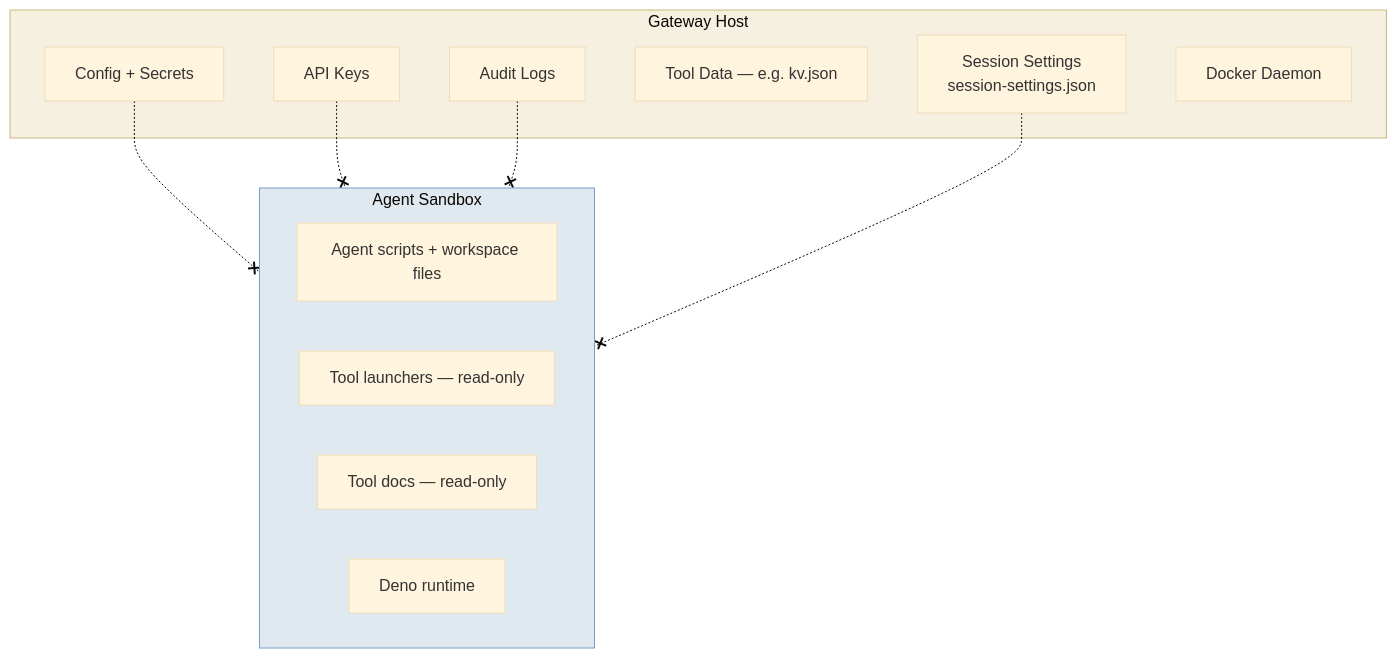
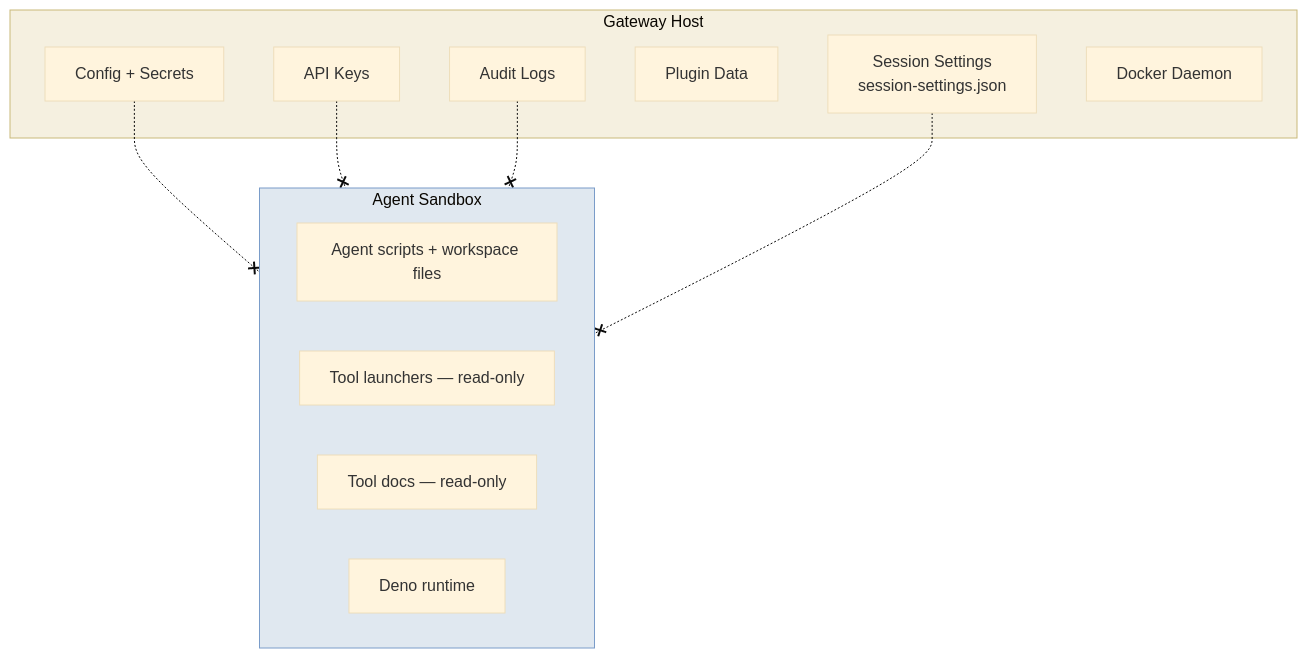
Before and after one commit to matthias-hausberger/beige: the fourth of 7 diagrams in docs/gateway/system-overview.mdx, drawn with Mermaid (base theme). The commit also changed other lines of this file and 26 other files, not shown here.

````diff
--- a/docs/gateway/system-overview.mdx
+++ b/docs/gateway/system-overview.mdx
@@ -129,26 +129,26 @@
 ```mermaid
 graph TB
     subgraph Host["Gateway Host"]
         CONF[Config + Secrets]
         LOGS[Audit Logs]
         KEYS[API Keys]
-        KV_DATA[Tool Data — e.g. kv.json]
+        PD[Plugin Data]
         SESSION_SETTINGS[Session Settings<br/>session-settings.json]
         DOCKER[Docker Daemon]
     end
 
     subgraph Sandbox["Agent Sandbox"]
         CODE[Agent scripts + workspace files]
         TOOLS[Tool launchers — read-only]
         DOCS[Tool docs — read-only]
         DENO[Deno runtime]
     end
 
     CONF -.-x Sandbox
     KEYS -.-x Sandbox
     LOGS -.-x Sandbox
     SESSION_SETTINGS -.-x Sandbox
 
     style Host fill:#f5f0e0,stroke:#c9b97a
     style Sandbox fill:#e0e8f0,stroke:#7a9cc9
 ```
````
